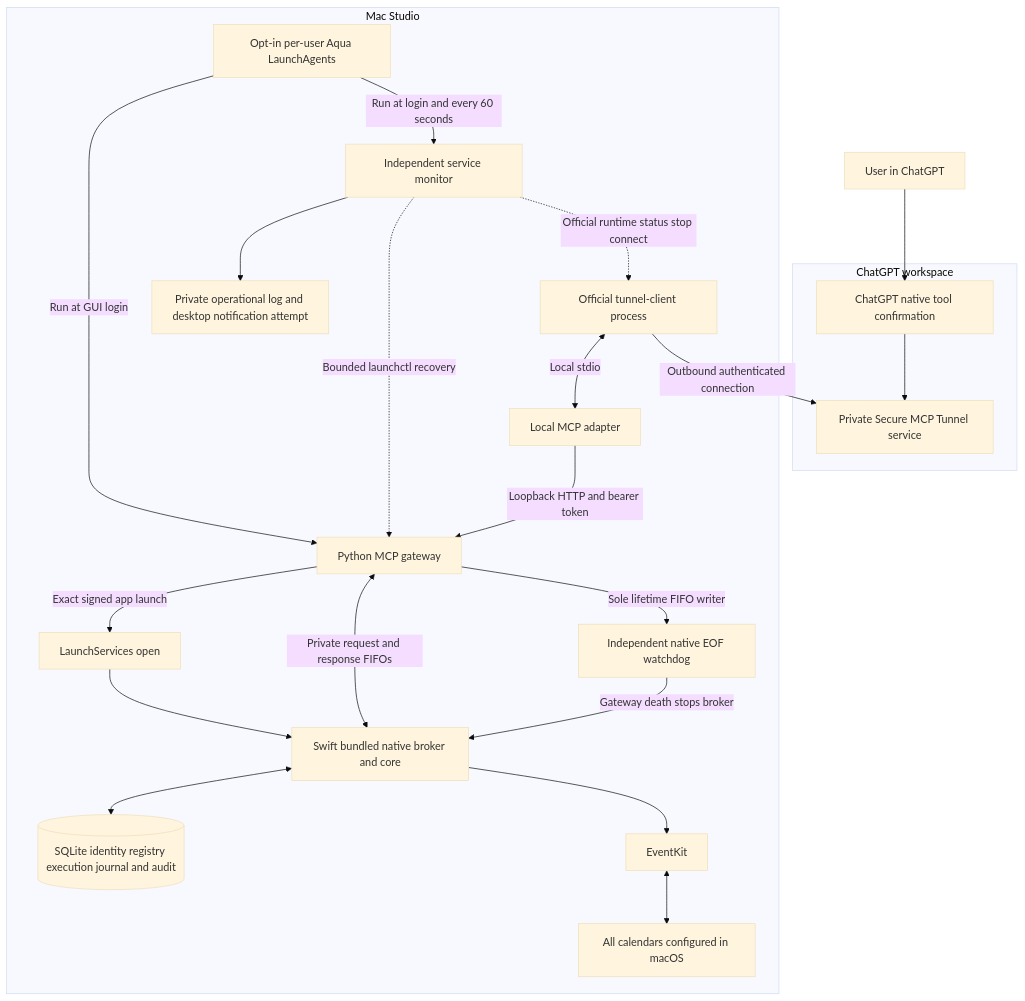
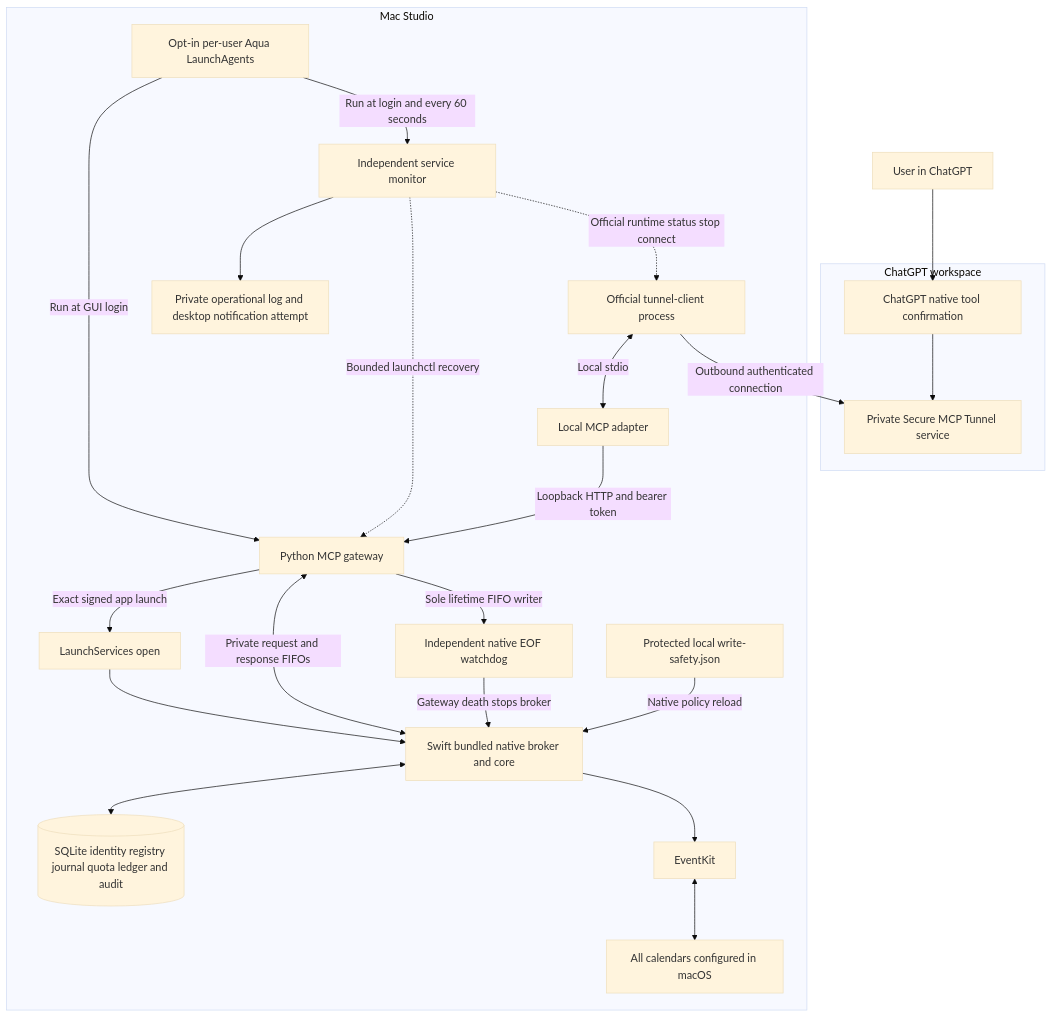
Before and after one commit to rmilkowski/icloud-calendar-mcp: the first of 3 diagrams in docs/architecture.md, drawn with Mermaid (base theme). The commit also changed other lines of this file and 11 other files, not shown here.

````diff
--- a/docs/architecture.md
+++ b/docs/architecture.md
@@ -23,25 +28,26 @@
 ```mermaid
 flowchart TB
     U[User in ChatGPT] --> C[ChatGPT native tool confirmation]
     subgraph Cloud[ChatGPT workspace]
         C --> T[Private Secure MCP Tunnel service]
     end
     subgraph Mac[Mac Studio]
         LD[Opt-in per-user Aqua LaunchAgents] -->|Run at GUI login| G
         LD -->|Run at login and every 60 seconds| M[Independent service monitor]
         M -.->|Bounded launchctl recovery| G
         M -.->|Official runtime status stop connect| TC
         M --> N[Private operational log and desktop notification attempt]
         TC[Official tunnel-client process] -->|Outbound authenticated connection| T
         TC <-->|Local stdio| A[Local MCP adapter]
         A -->|Loopback HTTP and bearer token| G[Python MCP gateway]
         G -->|Exact signed app launch| L[LaunchServices open]
         L --> B[Swift bundled native broker and core]
         G <-->|Private request and response FIFOs| B
         G -->|Sole lifetime FIFO writer| W[Independent native EOF watchdog]
         W -->|Gateway death stops broker| B
-        B <--> D[(SQLite identity registry execution journal and audit)]
+        P[Protected local write-safety.json] -->|Native policy reload| B
+        B <--> D[(SQLite identity registry journal quota ledger and audit)]
         B --> E[EventKit]
         E <--> K[All calendars configured in macOS]
     end
 ```
````
